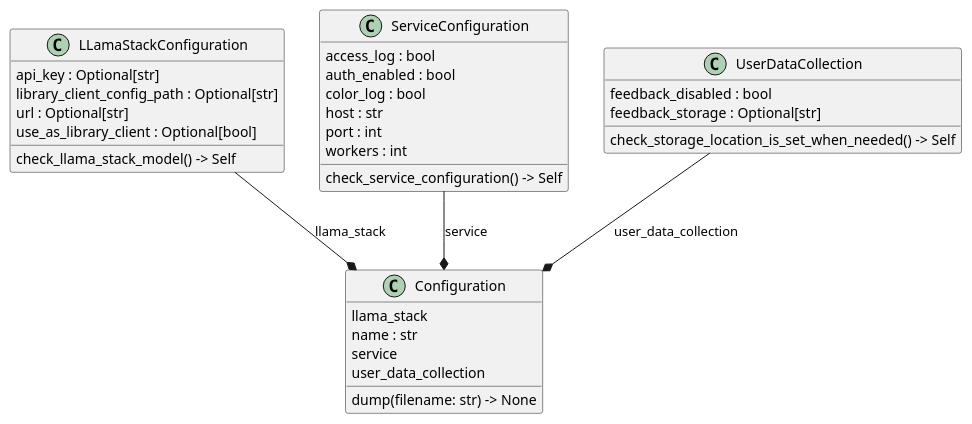
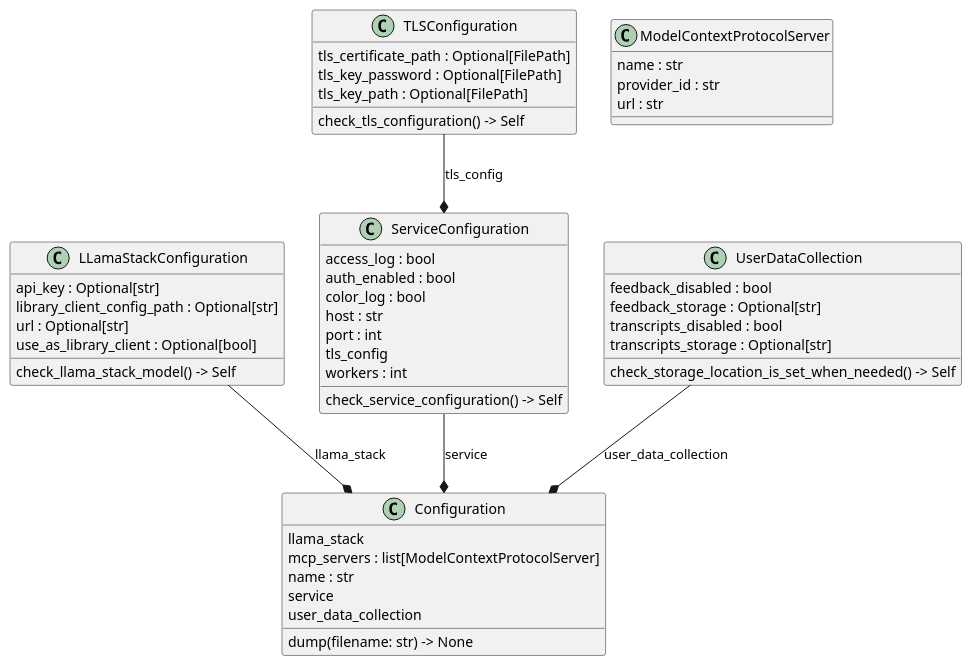
The diagram in docs/config.puml (zszabo-rh/lightspeed-stack), drawn with PlantUML before and after one commit. The commit also changed 1 other file, not shown here.

Commit message:
Regenerated config diagram

```diff
--- a/docs/config.puml
+++ b/docs/config.puml
@@ -1,34 +1,50 @@
 @startuml classes
 set namespaceSeparator none
 class "Configuration" as src.models.config.Configuration {
   llama_stack
+  mcp_servers : list[ModelContextProtocolServer]
   name : str
   service
   user_data_collection
   dump(filename: str) -> None
 }
 class "LLamaStackConfiguration" as src.models.config.LLamaStackConfiguration {
   api_key : Optional[str]
   library_client_config_path : Optional[str]
   url : Optional[str]
   use_as_library_client : Optional[bool]
   check_llama_stack_model() -> Self
 }
+class "ModelContextProtocolServer" as src.models.config.ModelContextProtocolServer {
+  name : str
+  provider_id : str
+  url : str
+}
 class "ServiceConfiguration" as src.models.config.ServiceConfiguration {
   access_log : bool
   auth_enabled : bool
   color_log : bool
   host : str
   port : int
+  tls_config
   workers : int
   check_service_configuration() -> Self
+}
+class "TLSConfiguration" as src.models.config.TLSConfiguration {
+  tls_certificate_path : Optional[FilePath]
+  tls_key_password : Optional[FilePath]
+  tls_key_path : Optional[FilePath]
+  check_tls_configuration() -> Self
 }
 class "UserDataCollection" as src.models.config.UserDataCollection {
   feedback_disabled : bool
   feedback_storage : Optional[str]
+  transcripts_disabled : bool
+  transcripts_storage : Optional[str]
   check_storage_location_is_set_when_needed() -> Self
 }
 src.models.config.LLamaStackConfiguration --* src.models.config.Configuration : llama_stack
 src.models.config.ServiceConfiguration --* src.models.config.Configuration : service
+src.models.config.TLSConfiguration --* src.models.config.ServiceConfiguration : tls_config
 src.models.config.UserDataCollection --* src.models.config.Configuration : user_data_collection
 @enduml
```
